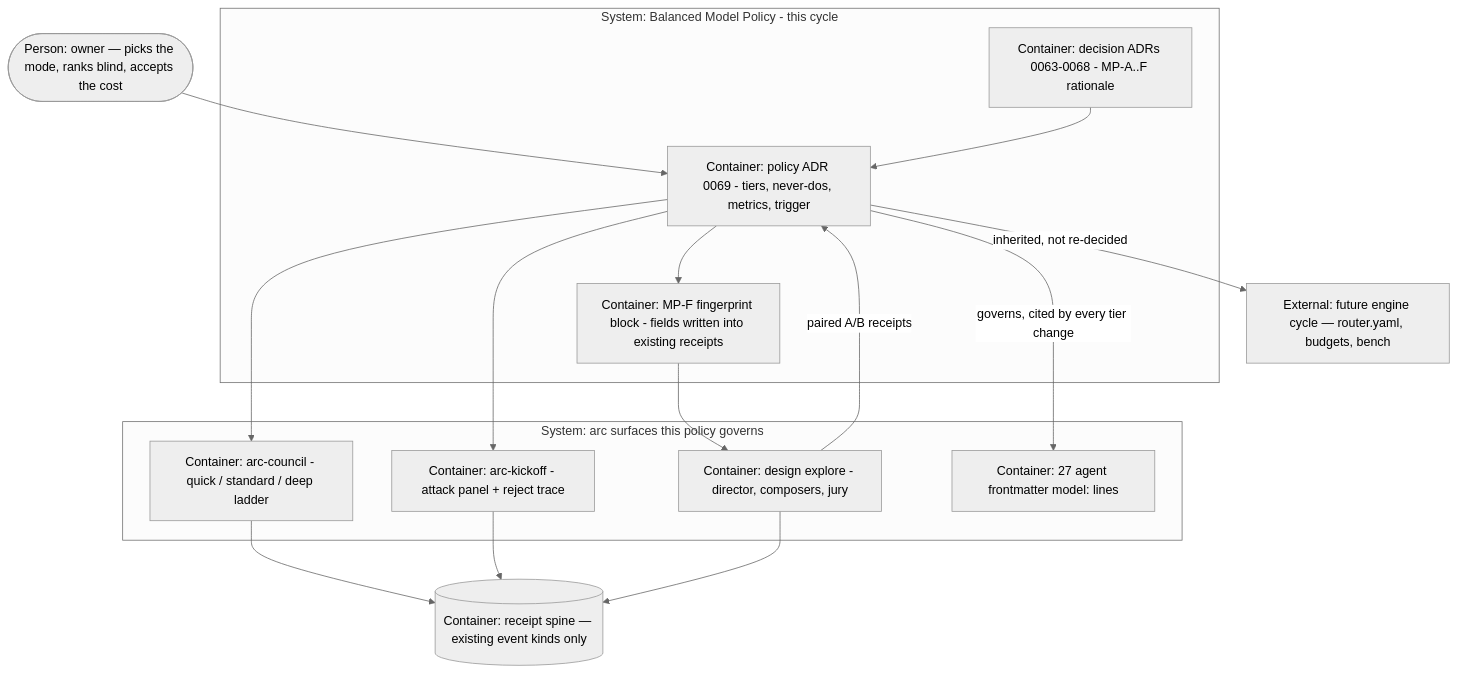
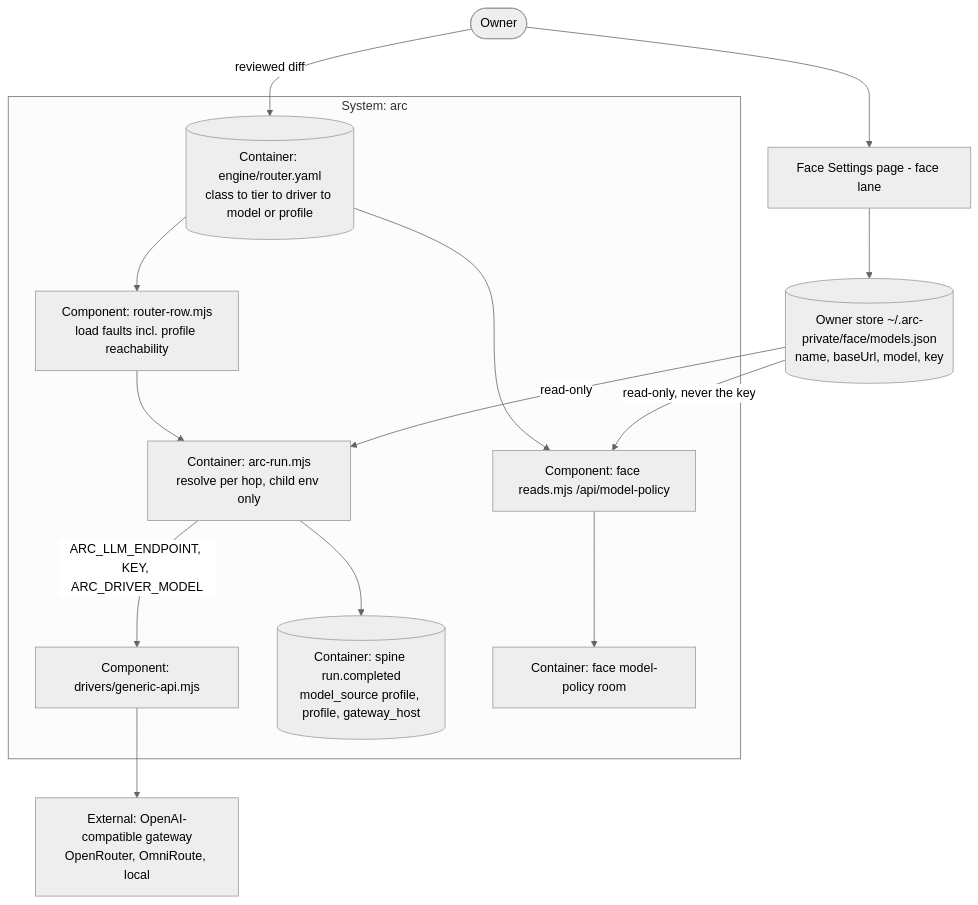
One commit to technology-ashiq/arc changed the diagram in initiatives/model-policy/PLAN.md. Above: the diagram before and after it, drawn with Mermaid (neutral theme). The commit also changed other lines of this file and 43 other files, not shown here.

First line of the commit message:
feat(model-policy): v2 kickoff + Phase 00 -- generic-api provider profiles in the router (ADR-1800..1803)

````diff
--- a/initiatives/model-policy/PLAN.md
+++ b/initiatives/model-policy/PLAN.md
@@ -101,33 +79,24 @@
 ```mermaid
 flowchart TB
-  owner([Person: owner — picks the mode, ranks blind, accepts the cost])
-
-  subgraph policy [System: Balanced Model Policy - this cycle]
-    adr[Container: policy ADR 0069 - tiers, never-dos, metrics, trigger]
-    dec[Container: decision ADRs 0063-0068 - MP-A..F rationale]
-    fp[Container: MP-F fingerprint block - fields written into existing receipts]
+  owner([Owner])
+  subgraph arc [System: arc]
+    router[(Container: engine/router.yaml<br/>class to tier to driver to model or profile)]
+    rowlint[Component: router-row.mjs<br/>load faults incl. profile reachability]
+    run[Container: arc-run.mjs<br/>resolve per hop, child env only]
+    drv[Component: drivers/generic-api.mjs]
+    spine[(Container: spine run.completed<br/>model_source profile, profile, gateway_host)]
+    reads[Component: face reads.mjs /api/model-policy]
+    room[Container: face model-policy room]
   end
-
-  subgraph surfaces [System: arc surfaces this policy governs]
-    council[Container: arc-council - quick / standard / deep ladder]
-    kickoff[Container: arc-kickoff - attack panel + reject trace]
-    explore[Container: design explore - director, composers, jury]
-    agents[Container: 27 agent frontmatter model: lines]
-  end
-
-  spine[(Container: receipt spine — existing event kinds only)]
-  engine[External: future engine cycle — router.yaml, budgets, bench]
-
-  owner --> adr
-  dec --> adr
-  adr --> fp
-  adr -->|governs, cited by every tier change| agents
-  adr --> council
-  adr --> kickoff
-  fp --> explore
-  explore -->|paired A/B receipts| adr
-  council --> spine
-  kickoff --> spine
-  explore --> spine
-  adr -->|inherited, not re-decided| engine
+  store[(Owner store ~/.arc-private/face/models.json<br/>name, baseUrl, model, key)]
+  settings[Face Settings page - face lane]
+  gw[External: OpenAI-compatible gateway<br/>OpenRouter, OmniRoute, local]
+  owner -->|reviewed diff| router
+  owner --> settings --> store
+  router --> rowlint --> run
+  store -->|read-only| run
+  run -->|ARC_LLM_ENDPOINT, KEY, ARC_DRIVER_MODEL| drv --> gw
+  run --> spine
+  router --> reads
+  store -->|read-only, never the key| reads --> room
 ```
````
